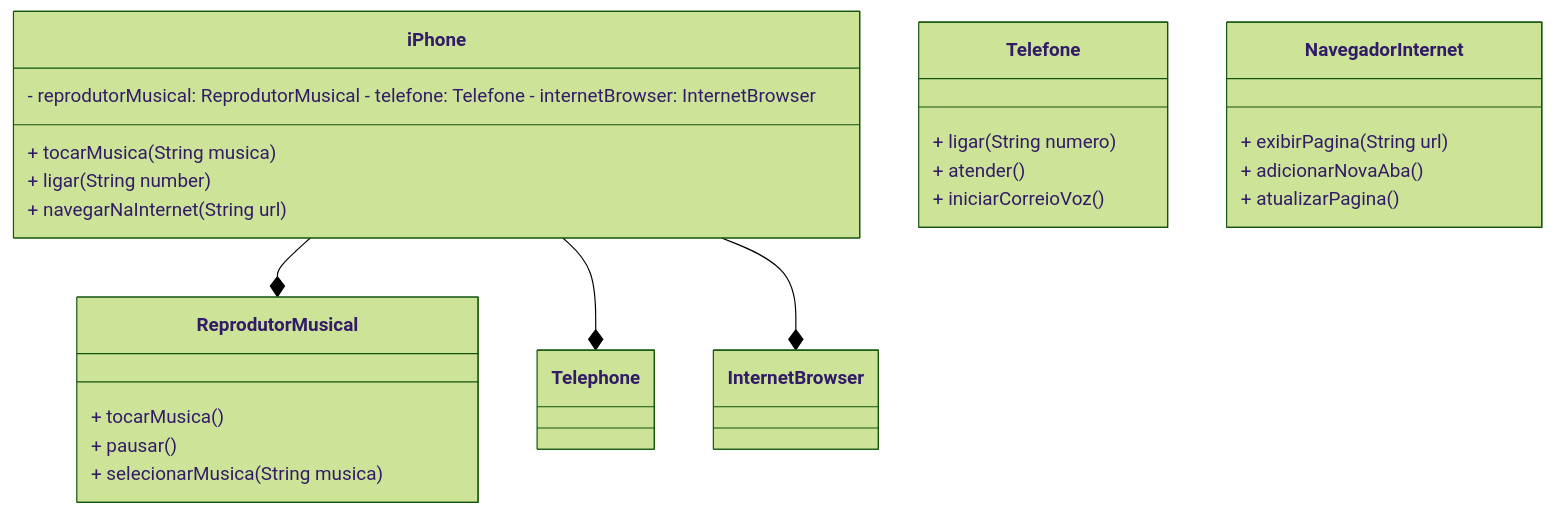
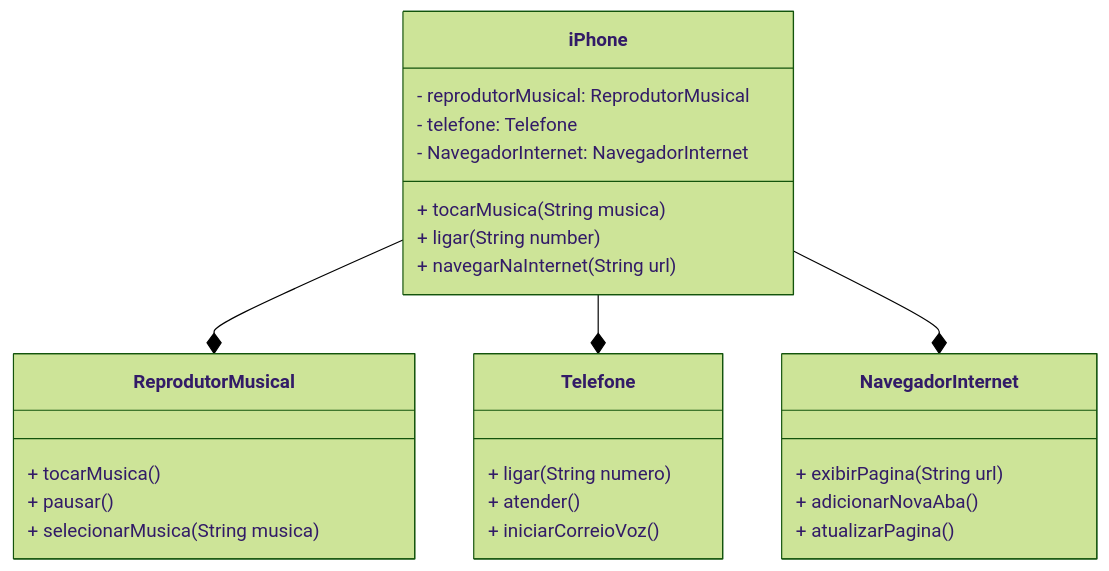
The diagram in DesafioPoo/DiagramaUml.md (ademar-moreira/dio-trilha-java), drawn with Mermaid (forest theme) before and after one commit. The commit also changed 1 other file, not shown here.

Commit message:
Ajustando DiagramaUml

````diff
--- a/DesafioPoo/DiagramaUml.md
+++ b/DesafioPoo/DiagramaUml.md
@@ -3,31 +3,34 @@
 ```mermaid
 classDiagram
-class iPhone { - reprodutorMusical: ReprodutorMusical - telefone: Telefone - internetBrowser: InternetBrowser
+class iPhone {
+    - reprodutorMusical: ReprodutorMusical
+    - telefone: Telefone
+    - NavegadorInternet: NavegadorInternet
 
         + tocarMusica(String musica)
         + ligar(String number)
         + navegarNaInternet(String url)
     }
 
     class ReprodutorMusical {
         + tocarMusica()
         + pausar()
         + selecionarMusica(String musica)
     }
 
     class Telefone {
         + ligar(String numero)
         + atender()
         + iniciarCorreioVoz()
     }
 
     class NavegadorInternet {
         + exibirPagina(String url)
         + adicionarNovaAba()
         + atualizarPagina()
     }
 
     iPhone --* ReprodutorMusical
-    iPhone --* Telephone
-    iPhone --* InternetBrowser
+    iPhone --* Telefone
+    iPhone --* NavegadorInternet
 ```
````
